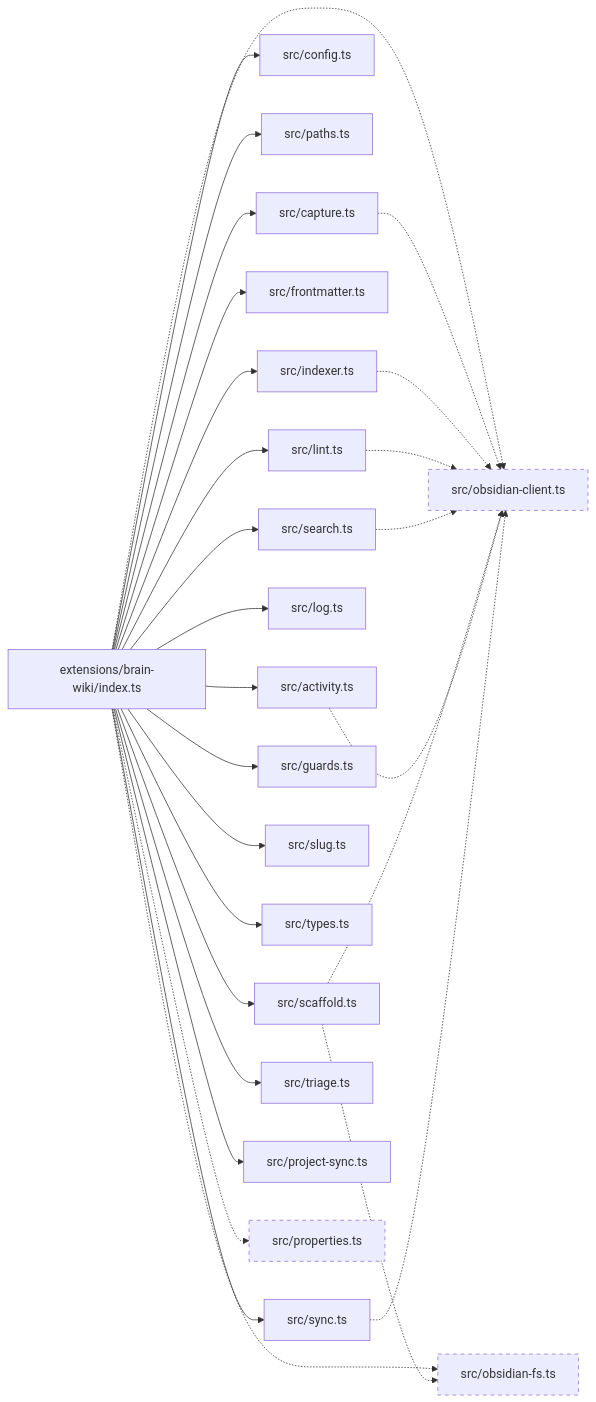
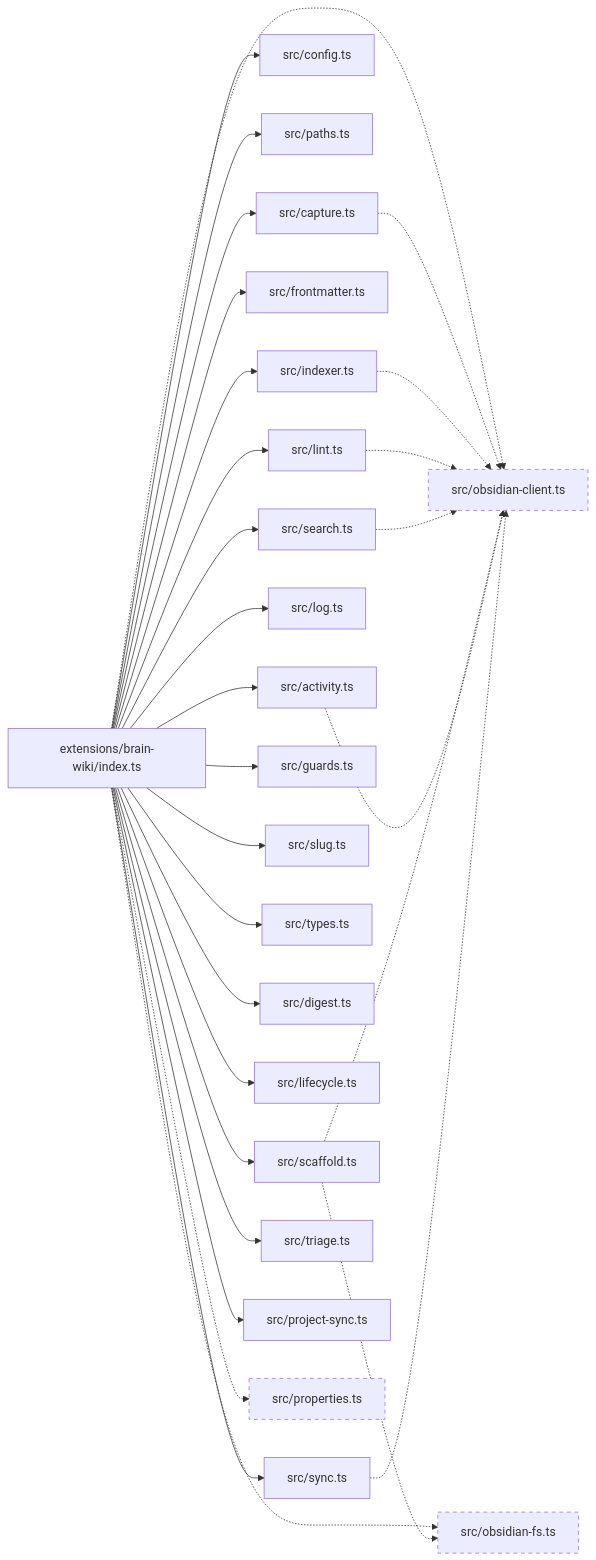
Before and after one commit to zhazhazuo/pi-brain-wiki: the diagram in docs/01_maps/module_map.md, drawn with Mermaid. The commit also changed other lines of this file and 10 other files, not shown here.

First line of the commit message:
docs: update KB for v3 — digest, lifecycle, discussions, draft migration, staleness

````diff
--- a/docs/01_maps/module_map.md
+++ b/docs/01_maps/module_map.md
@@ -3,51 +3,55 @@
 ```mermaid
 flowchart LR
   Index[extensions/brain-wiki/index.ts]
   Capture[src/capture.ts]
   Config[src/config.ts]
   Paths[src/paths.ts]
   Scaffold[src/scaffold.ts]
   Fm[src/frontmatter.ts]
   Indexer[src/indexer.ts]
   Lint[src/lint.ts]
   Search[src/search.ts]
   Log[src/log.ts]
   Activity[src/activity.ts]
   Guards[src/guards.ts]
   Slug[src/slug.ts]
   Types[src/types.ts]
+  Digest[src/digest.ts]
+  Lifecycle[src/lifecycle.ts]
   Sync[src/sync.ts]
   Triage[src/triage.ts]
   ProjectSync[src/project-sync.ts]
 
   Index --> Capture
   Index --> Config
   Index --> Paths
   Index --> Scaffold
   Index --> Fm
   Index --> Indexer
   Index --> Lint
   Index --> Search
   Index --> Log
   Index --> Activity
   Index --> Guards
   Index --> Slug
   Index --> Types
+  Index --> Digest
+  Index --> Lifecycle
   Index --> Sync
   Index --> Triage
   Index --> ProjectSync
   Index -.-> ObsidianClient[src/obsidian-client.ts]
   Index -.-> ObsidianFs[src/obsidian-fs.ts]
   Index -.-> Properties[src/properties.ts]
   Capture -.-> ObsidianClient
   Indexer -.-> ObsidianClient
   Lint -.-> ObsidianClient
   Search -.-> ObsidianClient
   Scaffold -.-> ObsidianFs
   Scaffold -.-> ObsidianClient
   Activity -.-> ObsidianClient
   Sync -.-> ObsidianClient
 
   classDef new stroke-dasharray: 5 5
   class ObsidianClient,ObsidianFs,Properties new
 ```
````
